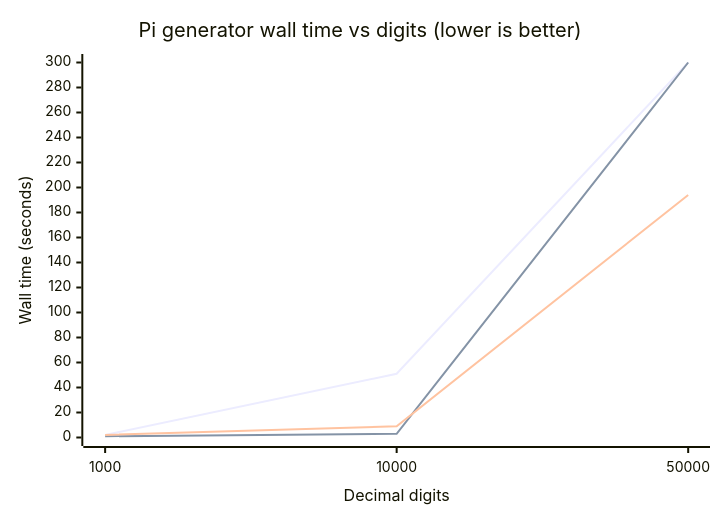
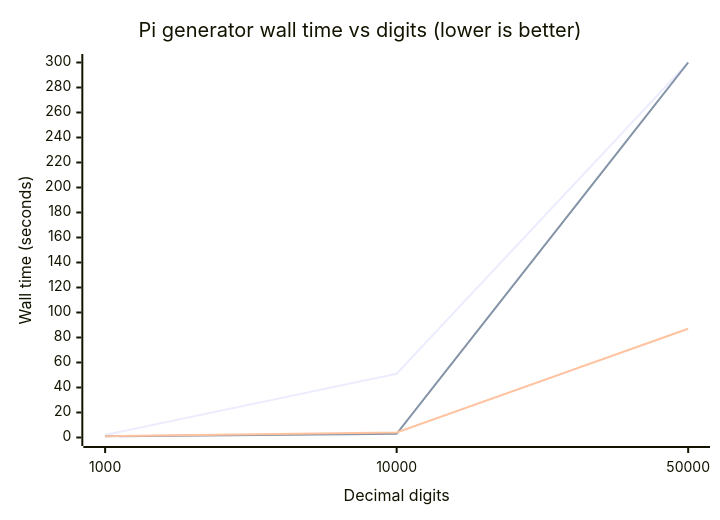
One commit to mearvk/SLeeLa changed the diagram in pi-generator/README.md. Above: the diagram before and after it, drawn with Mermaid. The commit also changed other lines of this file and 1 other file, not shown here.

````diff
--- a/pi-generator/README.md
+++ b/pi-generator/README.md
@@ -195,9 +198,9 @@
 ```mermaid
 xychart-beta
     title "Pi generator wall time vs digits (lower is better)"
     x-axis "Decimal digits" [1000, 10000, 50000]
     y-axis "Wall time (seconds)" 0 --> 300
     line "spigot"     [2, 51, 300]
     line "machin"     [1, 3, 300]
-    line "chudnovsky" [2, 9, 194]
+    line "chudnovsky" [1, 4, 87]
 ```
````
